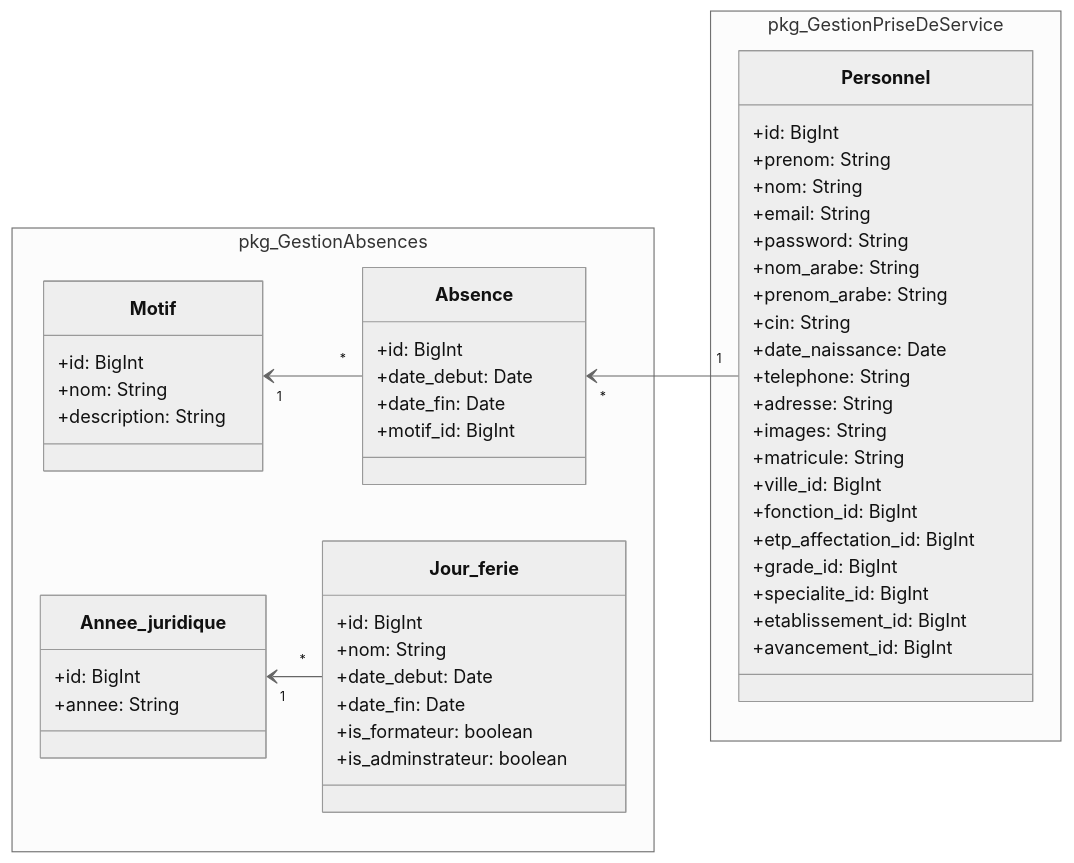
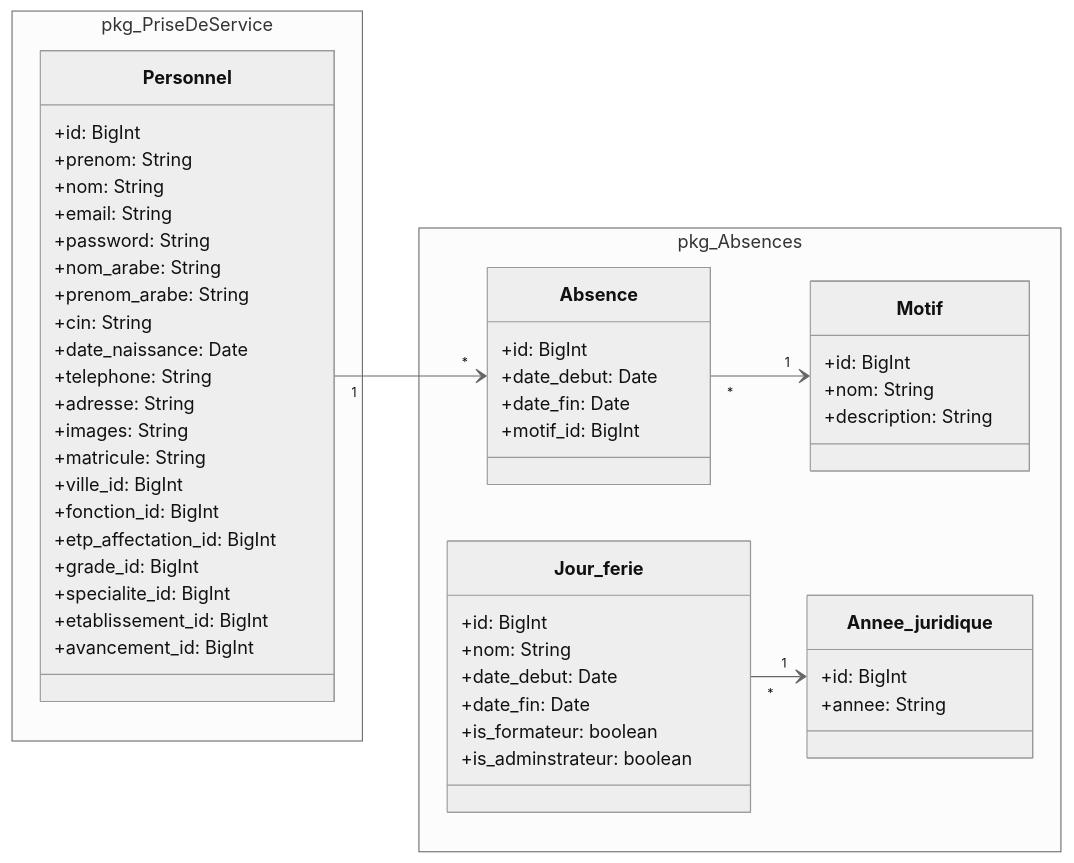
One commit to hamidAchaou/gestion-personnels changed the diagram in modélisation/pkg_GestionAbsences/diagramme_de_classe.mmd. Above: the diagram before and after it, drawn with Mermaid (neutral theme). The commit also changed 33 other files, not shown here.

```diff
--- a/modélisation/pkg_GestionAbsences/diagramme_de_classe.mmd
+++ b/modélisation/pkg_GestionAbsences/diagramme_de_classe.mmd
@@ -1,61 +1,61 @@
 classDiagram
-    direction RL
+    direction LR
 
-namespace pkg_GestionPriseDeService {
+namespace pkg_PriseDeService {
     class Personnel {
         +id: BigInt
         +prenom: String
         +nom: String
         +email: String
         +password: String
         +nom_arabe: String
         +prenom_arabe: String
         +cin: String
         +date_naissance: Date
         +telephone: String
         +adresse: String
         +images: String
         +matricule: String
         +ville_id: BigInt
         +fonction_id: BigInt
         +etp_affectation_id: BigInt
         +grade_id: BigInt
         +specialite_id: BigInt
         +etablissement_id: BigInt
         +avancement_id: BigInt
     }
 }
 
-namespace pkg_GestionAbsences {
+namespace pkg_Absences {
 
     class Absence {
         +id: BigInt
         +date_debut: Date
         +date_fin: Date
         +motif_id: BigInt
     }
 
     class Motif {
         +id: BigInt
         +nom: String
         +description: String
     }
 
     class Jour_ferie {
         +id: BigInt
         +nom: String
         +date_debut: Date
         +date_fin: Date
         +is_formateur: boolean
         +is_adminstrateur: boolean
     }
 
     class Annee_juridique {
         +id: BigInt
         +annee: String
     }
 }
 
     Personnel "1" --> "*" Absence 
     Absence "*" --> "1" Motif 
     Jour_ferie "*" --> "1" Annee_juridique 
```
